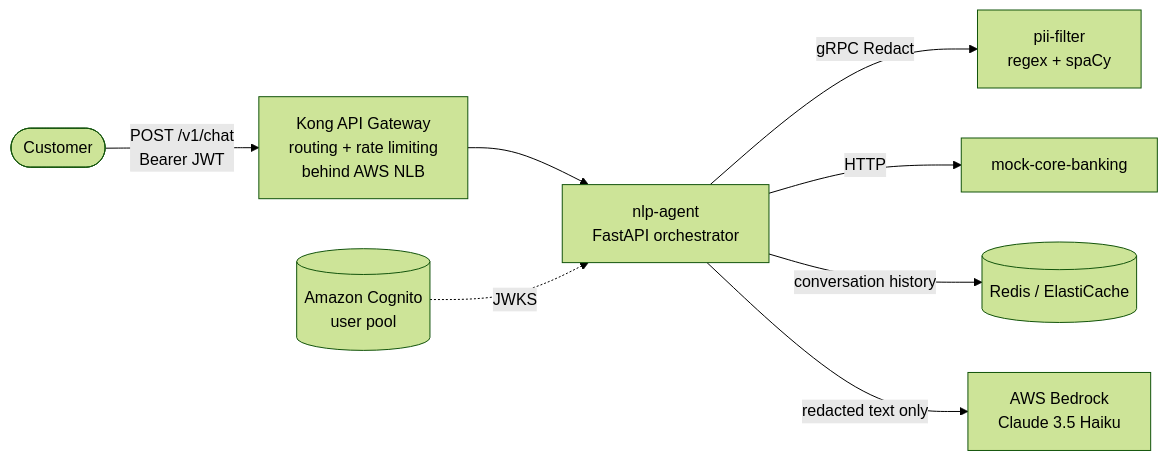
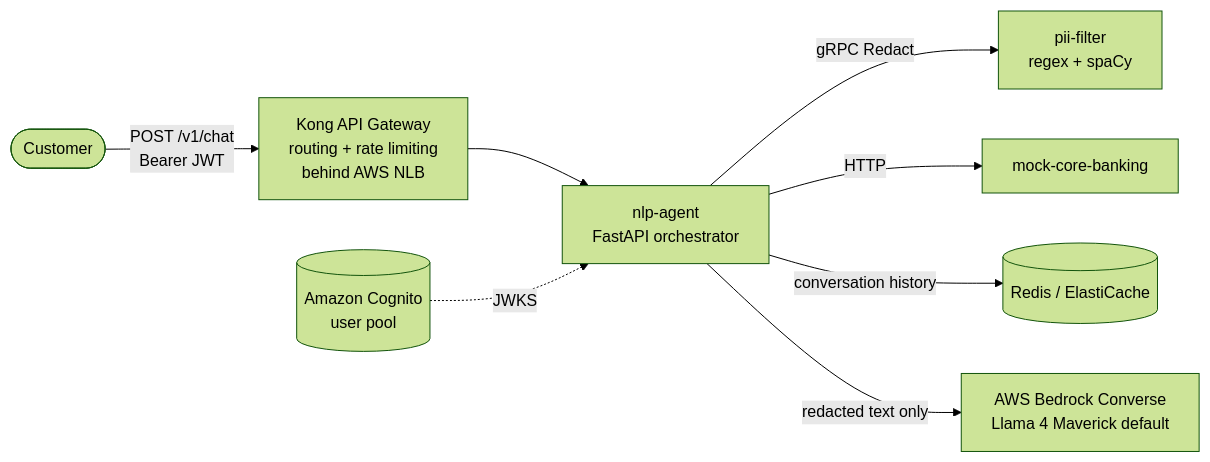
Before and after one commit to NorelyJ/omnibank-ai-grupo2-UN: the diagram in README.md, drawn with Mermaid (forest theme). The commit also changed other lines of this file and 1 other file, not shown here.

Commit message:
docs: agent uses Bedrock Converse (default Llama 4 Maverick, model-swappable)

````diff
--- a/README.md
+++ b/README.md
@@ -18,10 +18,10 @@
 ```mermaid
 flowchart LR
     user([Customer]) -->|"POST /v1/chat<br/>Bearer JWT"| kong[Kong API Gateway<br/>routing + rate limiting<br/>behind AWS NLB]
     kong --> agent[nlp-agent<br/>FastAPI orchestrator]
     cognito[(Amazon Cognito<br/>user pool)] -. JWKS .-> agent
     agent -->|gRPC Redact| pii[pii-filter<br/>regex + spaCy]
     agent -->|HTTP| bank[mock-core-banking]
     agent -->|conversation history| redis[(Redis / ElastiCache)]
-    agent -->|redacted text only| bedrock[AWS Bedrock<br/>Claude 3.5 Haiku]
+    agent -->|redacted text only| bedrock[AWS Bedrock Converse<br/>Llama 4 Maverick default]
 ```
````
